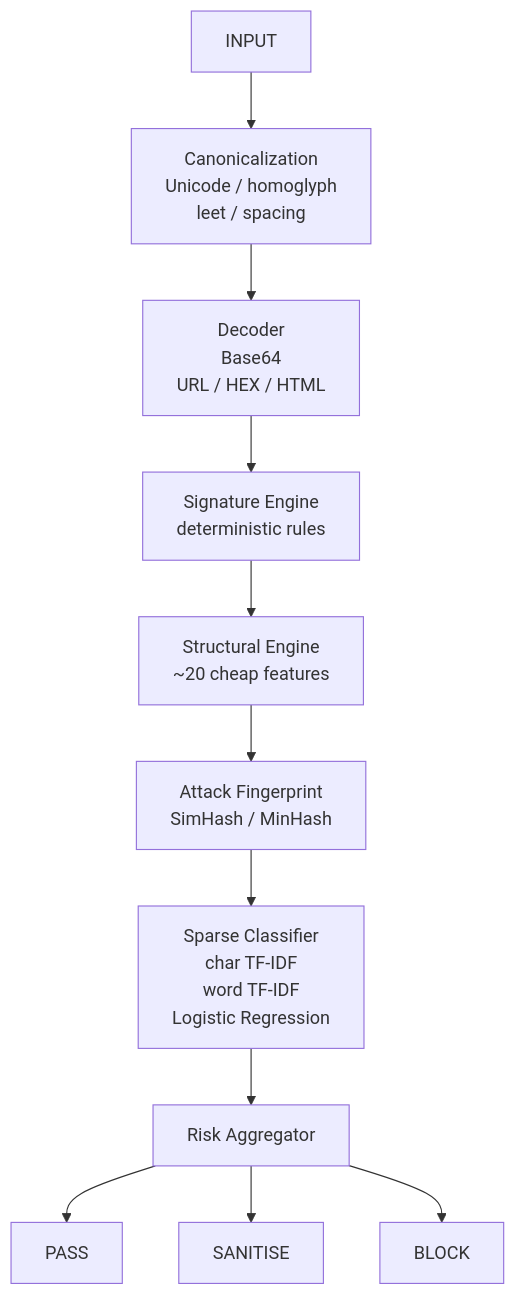
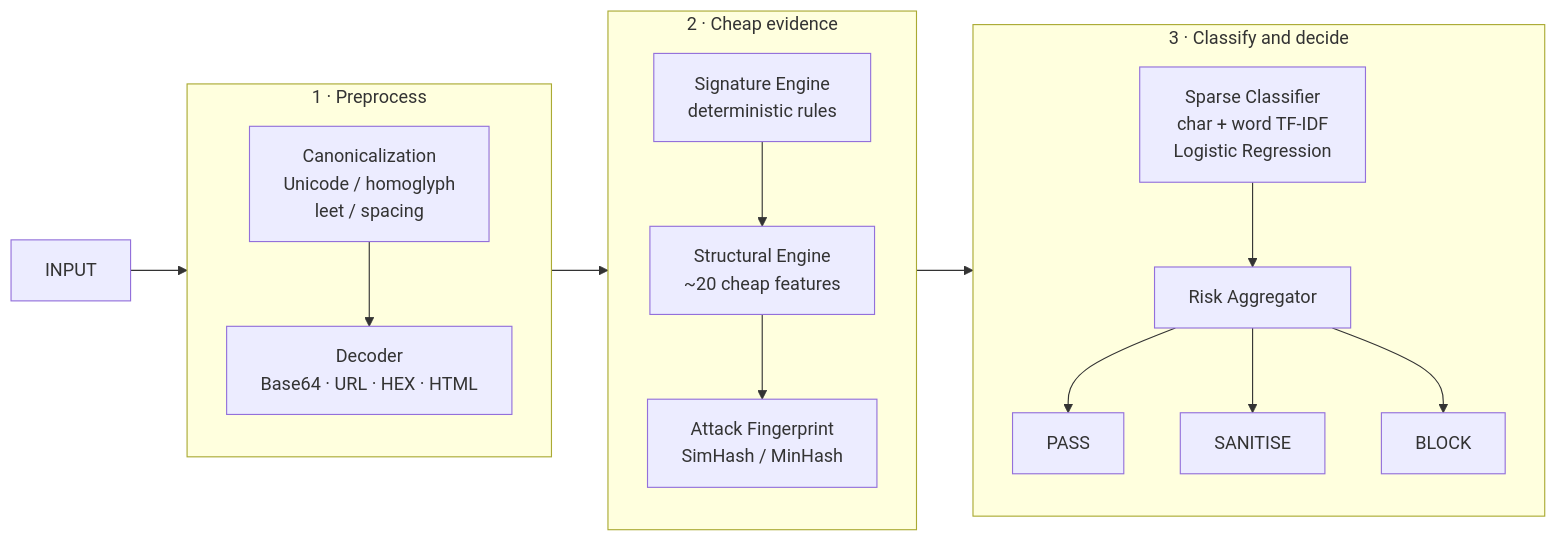
Before and after one commit to mansura-habiba/mansura-habiba.github.io: the fourth of 8 diagrams in blog/posts/2026-09-04-guardrail-harness.md, drawn with Mermaid. The commit also changed other lines of this file, not shown here.

````diff
--- a/blog/posts/2026-09-04-guardrail-harness.md
+++ b/blog/posts/2026-09-04-guardrail-harness.md
@@ -222,27 +222,31 @@
 ```mermaid
-flowchart TB
-  IN[INPUT] --> CAN
+flowchart LR
+  IN[INPUT]
 
-  CAN["Canonicalization<br/>Unicode / homoglyph<br/>leet / spacing"]
-  CAN --> DEC
+  subgraph prep["1 · Preprocess"]
+    direction TB
+    CAN["Canonicalization<br/>Unicode / homoglyph<br/>leet / spacing"]
+    DEC["Decoder<br/>Base64 · URL · HEX · HTML"]
+    CAN --> DEC
+  end
 
-  DEC["Decoder<br/>Base64<br/>URL / HEX / HTML"]
-  DEC --> SIG
+  subgraph evidence["2 · Cheap evidence"]
+    direction TB
+    SIG["Signature Engine<br/>deterministic rules"]
+    STR["Structural Engine<br/>~20 cheap features"]
+    FP["Attack Fingerprint<br/>SimHash / MinHash"]
+    SIG --> STR --> FP
+  end
 
-  SIG["Signature Engine<br/>deterministic rules"]
-  SIG --> STR
+  subgraph decide["3 · Classify and decide"]
+    direction TB
+    CLS["Sparse Classifier<br/>char + word TF-IDF<br/>Logistic Regression"]
+    AGG[Risk Aggregator]
+    CLS --> AGG
+    AGG --> PASS[PASS]
+    AGG --> SAN[SANITISE]
+    AGG --> BLOCK[BLOCK]
+  end
 
-  STR["Structural Engine<br/>~20 cheap features"]
-  STR --> FP
-
-  FP["Attack Fingerprint<br/>SimHash / MinHash"]
-  FP --> CLS
-
-  CLS["Sparse Classifier<br/>char TF-IDF<br/>word TF-IDF<br/>Logistic Regression"]
-  CLS --> AGG
-
-  AGG[Risk Aggregator]
-  AGG --> PASS[PASS]
-  AGG --> SAN[SANITISE]
-  AGG --> BLOCK[BLOCK]
+  IN --> prep --> evidence --> decide
 ```
````
